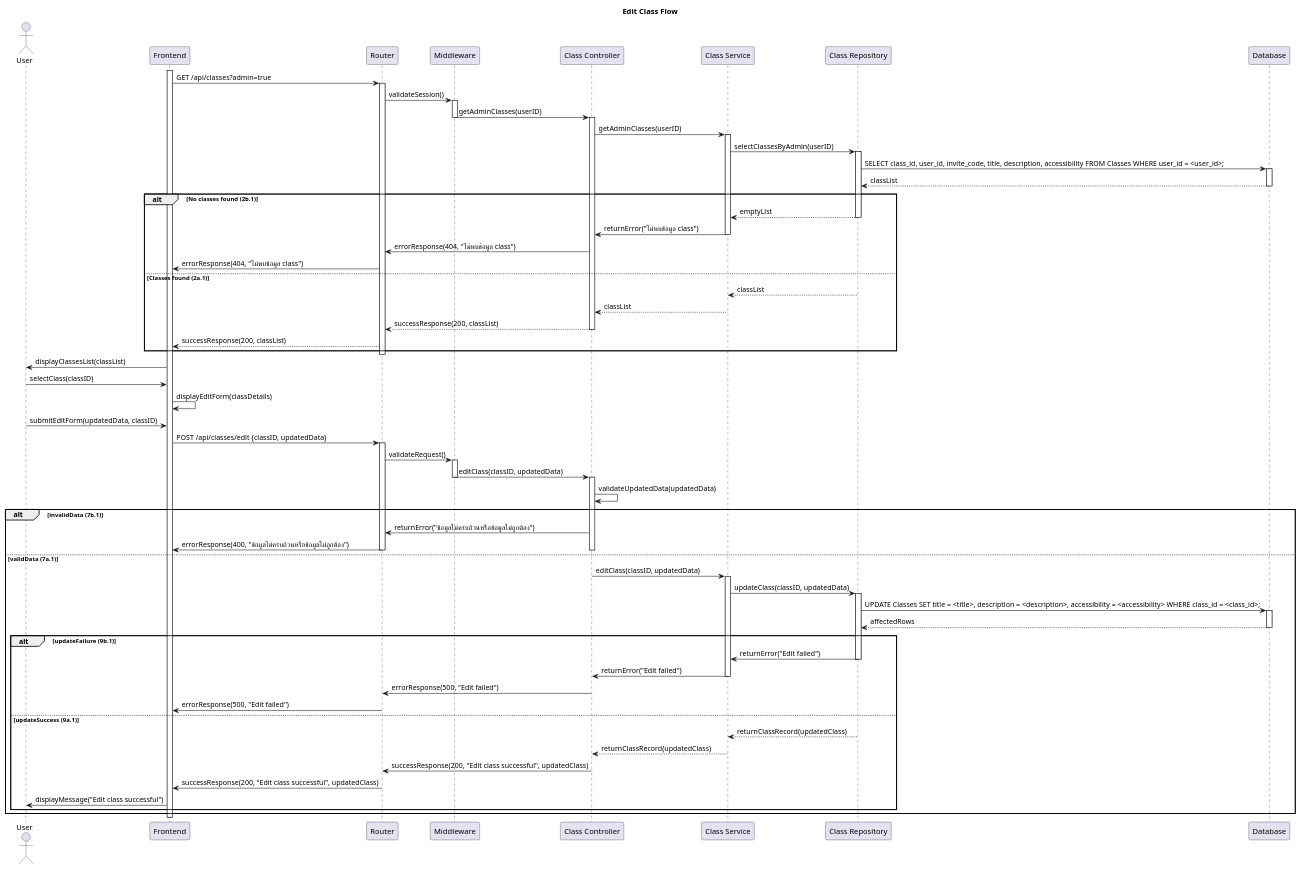
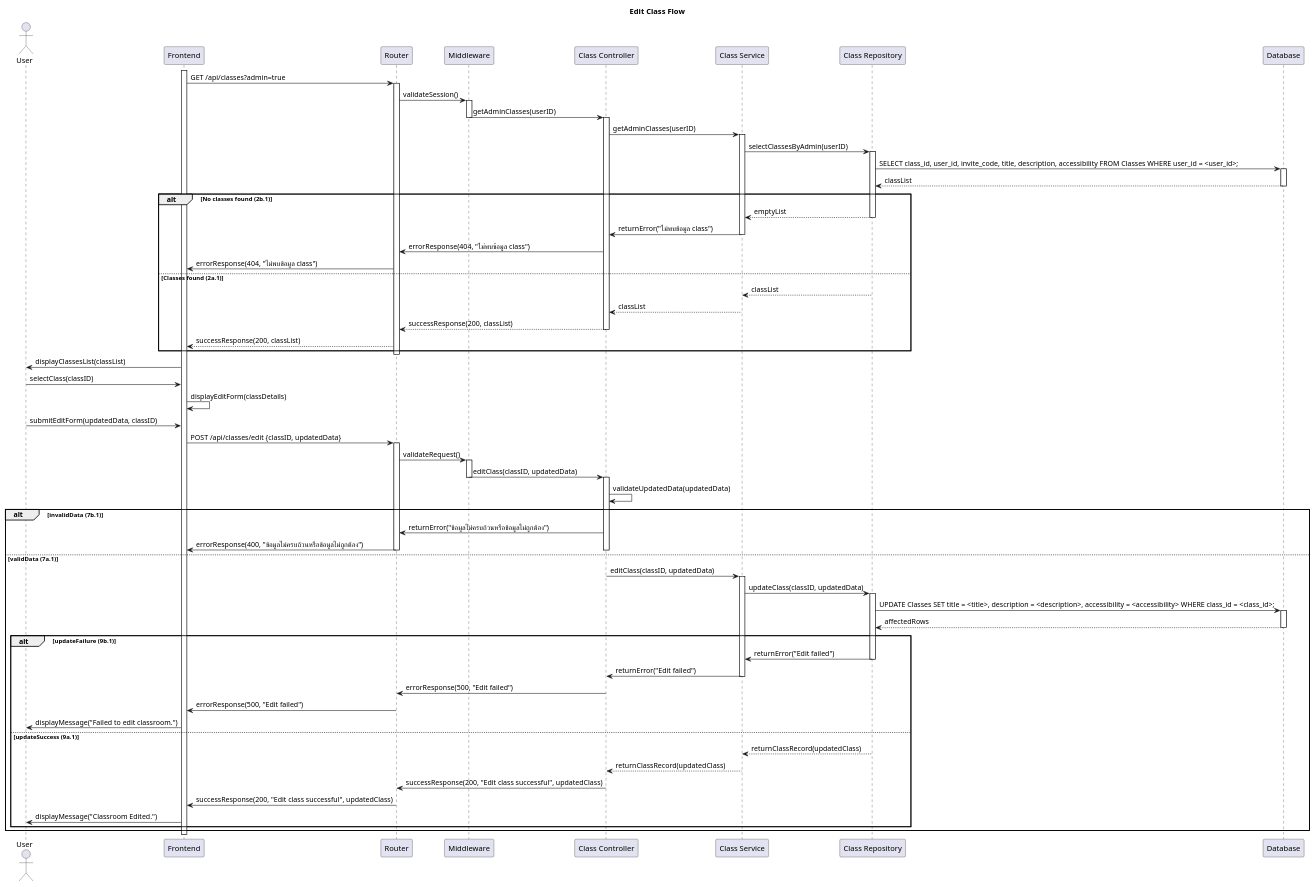
The diagram in SD11-Edit-Class.puml (CS371-Project-Management/CS371-Sequence-Diagram), drawn with PlantUML before and after one commit. The commit also changed 4 other files, not shown here.

```diff
--- a/SD11-Edit-Class.puml
+++ b/SD11-Edit-Class.puml
@@ -1,101 +1,102 @@
 @startuml
 title Edit Class Flow
 
 actor User
 participant "Frontend" as FE
 participant "Router" as Router
 participant "Middleware" as MW
 participant "Class Controller" as Controller
 participant "Class Service" as Service
 participant "Class Repository" as Repository
 participant "Database" as DB
 
 'Retrieve Admin Classes'
 activate FE
 FE -> Router: GET /api/classes?admin=true
 activate Router
 Router -> MW: validateSession()
 activate MW
 MW -> Controller: getAdminClasses(userID)
 deactivate MW
 activate Controller
 Controller -> Service: getAdminClasses(userID)
 activate Service
 Service -> Repository: selectClassesByAdmin(userID)
 activate Repository
 Repository -> DB: SELECT class_id, user_id, invite_code, title, description, accessibility FROM Classes WHERE user_id = <user_id>;
 activate DB
 DB --> Repository: classList
 deactivate DB
 alt No classes found (2b.1)
     Repository --> Service: emptyList
     deactivate Repository
     Service -> Controller: returnError("ไม่พบข้อมูล class")
     deactivate Service
     Controller -> Router: errorResponse(404, "ไม่พบข้อมูล class")
     Router -> FE: errorResponse(404, "ไม่พบข้อมูล class")
 else Classes found (2a.1)
     Repository --> Service: classList
     deactivate Repository
     Service --> Controller: classList
     deactivate Service
     Controller --> Router: successResponse(200, classList)
     deactivate Controller
     Router --> FE: successResponse(200, classList)
 end
 deactivate Router
 FE -> User: displayClassesList(classList)
 
 'Edit Class'
 User -> FE: selectClass(classID)
 FE -> FE: displayEditForm(classDetails)
 
 User -> FE: submitEditForm(updatedData, classID)
 FE -> Router: POST /api/classes/edit {classID, updatedData}
 activate Router
 Router -> MW: validateRequest()
 activate MW
 MW -> Controller: editClass(classID, updatedData)
 deactivate MW
 activate Controller
 Controller -> Controller: validateUpdatedData(updatedData)
 alt invalidData (7b.1)
     Controller -> Router: returnError("ข้อมูลไม่ครบถ้วนหรือข้อมูลไม่ถูกต้อง")
     Router -> FE: errorResponse(400, "ข้อมูลไม่ครบถ้วนหรือข้อมูลไม่ถูกต้อง")
     deactivate Controller
     deactivate Router
 else validData (7a.1)
     Controller -> Service: editClass(classID, updatedData)
     activate Service
     Service -> Repository: updateClass(classID, updatedData)
     activate Repository
     Repository -> DB: UPDATE Classes SET title = <title>, description = <description>, accessibility = <accessibility> WHERE class_id = <class_id>;
     activate DB
     DB --> Repository: affectedRows
     deactivate DB
     alt updateFailure (9b.1)
         Repository -> Service: returnError("Edit failed")
         deactivate Repository
         Service -> Controller: returnError("Edit failed")
         deactivate Service
         Controller -> Router: errorResponse(500, "Edit failed")
         Router -> FE: errorResponse(500, "Edit failed")
+        FE -> User : displayMessage("Failed to edit classroom.")
         deactivate Controller
         deactivate MW
         deactivate Router
     else updateSuccess (9a.1)
         Repository --> Service: returnClassRecord(updatedClass)
         deactivate Repository
         Service --> Controller: returnClassRecord(updatedClass)
         deactivate Service
         Controller -> Router: successResponse(200, "Edit class successful", updatedClass)
         Router -> FE: successResponse(200, "Edit class successful", updatedClass)
-        FE -> User: displayMessage("Edit class successful")
+        FE -> User: displayMessage("Classroom Edited.")
         deactivate Controller
         deactivate MW
         deactivate Router
     end
 end
 deactivate FE
 
 @enduml
```
